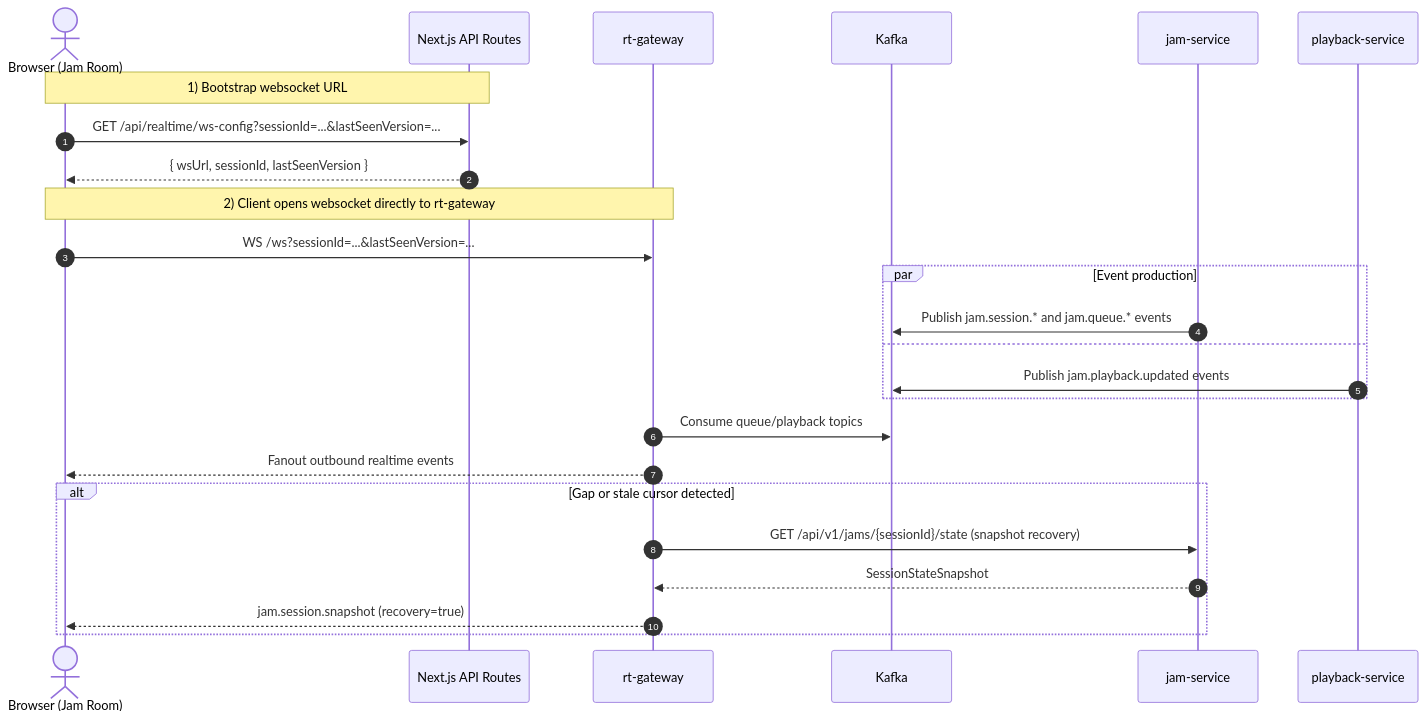
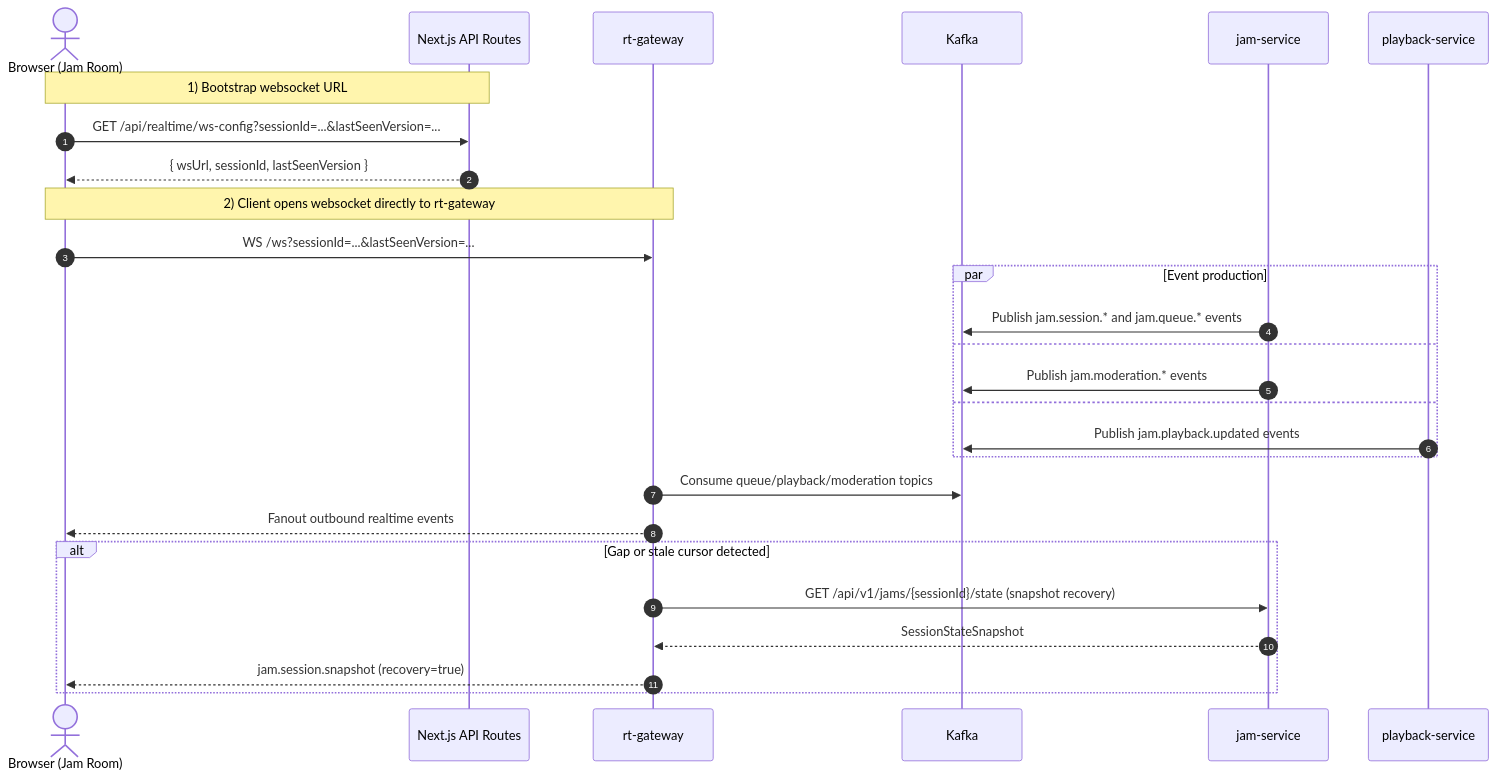
One commit to Hungfont/vibe-jams changed the second of 2 diagrams in docs/frontend-backend-sequence.md. Above: the diagram before and after it, drawn with Mermaid. The commit also changed other lines of this file and 44 other files, not shown here.

Commit message:
jam-moderation-controls

````diff
--- a/docs/frontend-backend-sequence.md
+++ b/docs/frontend-backend-sequence.md
@@ -166,32 +169,34 @@
 ```mermaid
 sequenceDiagram
     autonumber
     actor U as Browser (Jam Room)
     participant N as Next.js API Routes
     participant R as rt-gateway
     participant K as Kafka
     participant J as jam-service
     participant P as playback-service
 
     Note over U,N: 1) Bootstrap websocket URL
     U->>N: GET /api/realtime/ws-config?sessionId=...&lastSeenVersion=...
     N-->>U: { wsUrl, sessionId, lastSeenVersion }
 
     Note over U,R: 2) Client opens websocket directly to rt-gateway
     U->>R: WS /ws?sessionId=...&lastSeenVersion=...
 
     par Event production
         J->>K: Publish jam.session.* and jam.queue.* events
     and
+        J->>K: Publish jam.moderation.* events
+    and
         P->>K: Publish jam.playback.updated events
     end
 
-    R->>K: Consume queue/playback topics
+    R->>K: Consume queue/playback/moderation topics
     R-->>U: Fanout outbound realtime events
 
     alt Gap or stale cursor detected
         R->>J: GET /api/v1/jams/{sessionId}/state (snapshot recovery)
         J-->>R: SessionStateSnapshot
         R-->>U: jam.session.snapshot (recovery=true)
     end
 ```
````
